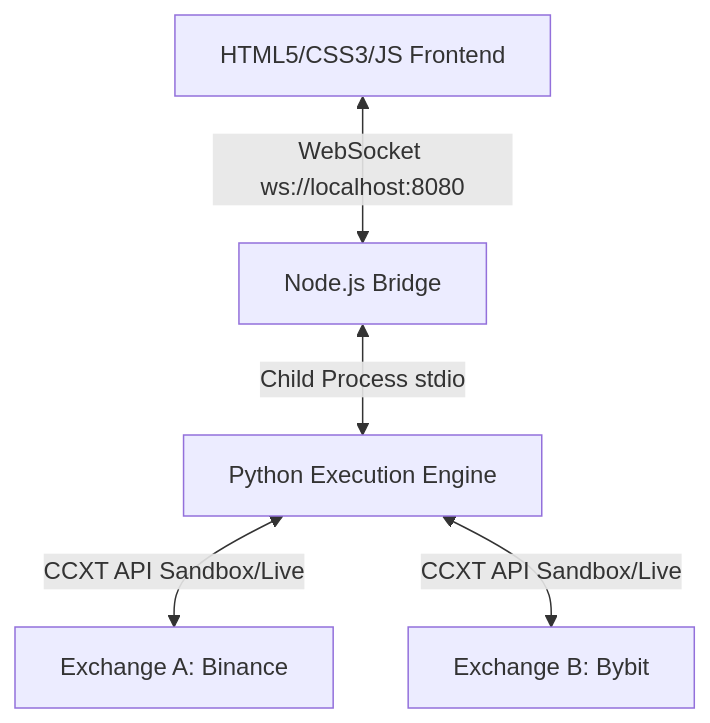
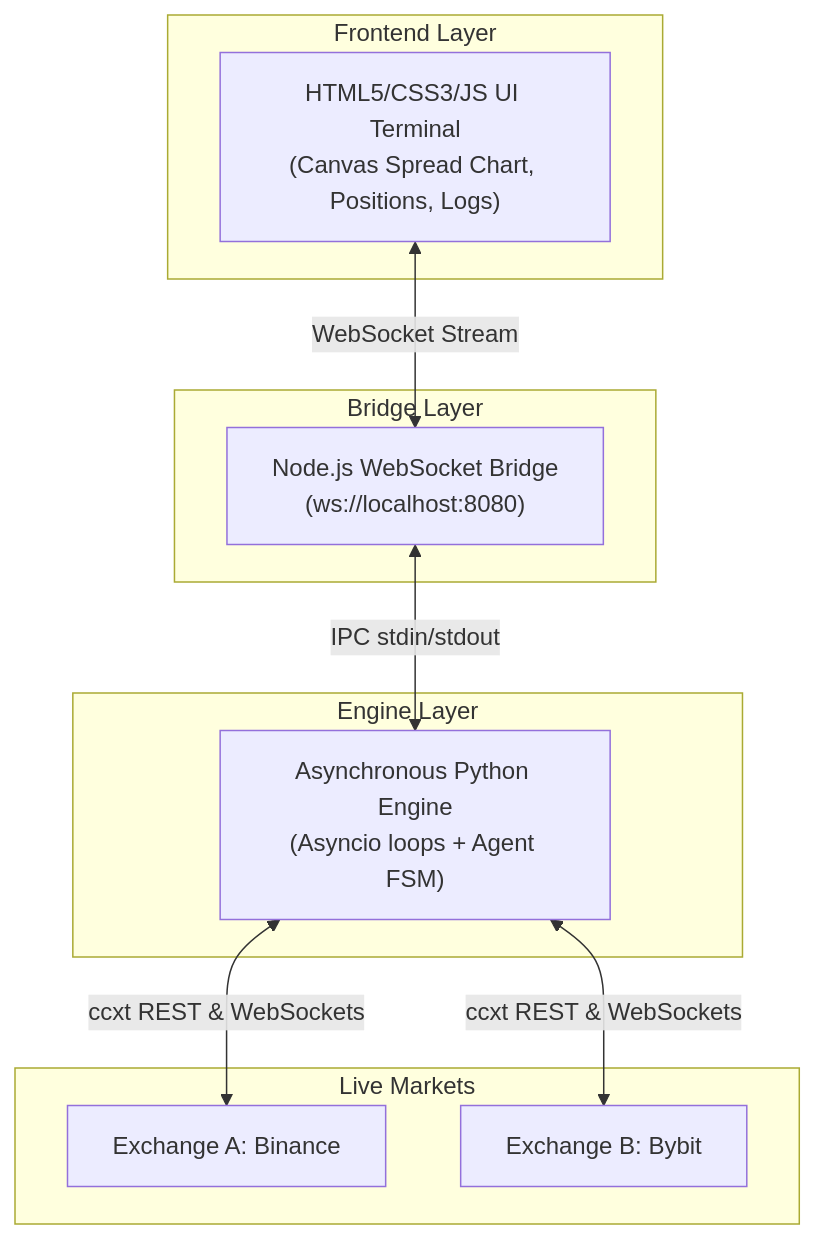
One commit to Aniruddhadwivedi07/Agentic-Arbitrage-Command-Center changed the diagram in README.md. Above: the diagram before and after it, drawn with Mermaid. The commit also changed other lines of this file, not shown here.

Commit message:
docs: enrich README with visual breakdown, architecture details, and FSM lifecycle explanations

````diff
--- a/README.md
+++ b/README.md
@@ -11,7 +23,24 @@
 ```mermaid
 graph TD
-    A[HTML5/CSS3/JS Frontend] <-->|WebSocket ws://localhost:8080| B[Node.js Bridge]
-    B <-->|Child Process stdio| C[Python Execution Engine]
-    C <-->|CCXT API Sandbox/Live| D[Exchange A: Binance]
-    C <-->|CCXT API Sandbox/Live| E[Exchange B: Bybit]
+    subgraph Frontend Layer
+        A["HTML5/CSS3/JS UI Terminal<br>(Canvas Spread Chart, Positions, Logs)"]
+    end
+
+    subgraph Bridge Layer
+        B["Node.js WebSocket Bridge<br>(ws://localhost:8080)"]
+    end
+
+    subgraph Engine Layer
+        C["Asynchronous Python Engine<br>(Asyncio loops + Agent FSM)"]
+    end
+
+    subgraph Live Markets
+        D["Exchange A: Binance"]
+        E["Exchange B: Bybit"]
+    end
+
+    A <-->|WebSocket Stream| B
+    B <-->|IPC stdin/stdout| C
+    C <-->|ccxt REST & WebSockets| D
+    C <-->|ccxt REST & WebSockets| E
 ```
````
